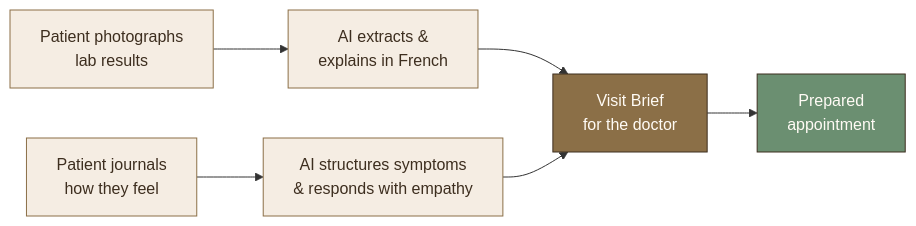
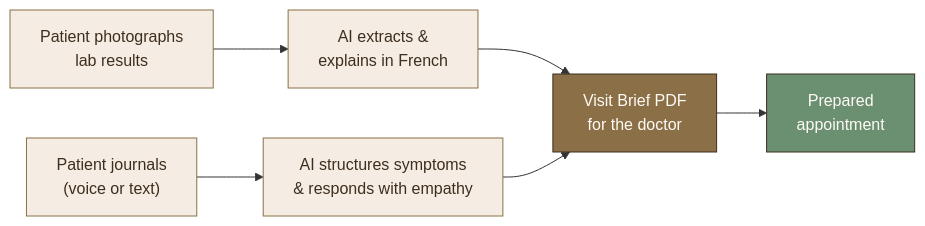
One commit to soneeee22000/entre-deux changed the first of 5 diagrams in README.md. Above: the diagram before and after it, drawn with Mermaid. The commit also changed other lines of this file, not shown here.

Commit message:
docs: update README with voice journal, PDF export, auth, deploy, 207 tests

````diff
--- a/README.md
+++ b/README.md
@@ -37,15 +39,15 @@
 ```mermaid
 graph LR
     A["Patient photographs<br/>lab results"] --> B["AI extracts &<br/>explains in French"]
-    C["Patient journals<br/>how they feel"] --> D["AI structures symptoms<br/>& responds with empathy"]
-    B --> E["Visit Brief<br/>for the doctor"]
+    C["Patient journals<br/>(voice or text)"] --> D["AI structures symptoms<br/>& responds with empathy"]
+    B --> E["Visit Brief PDF<br/>for the doctor"]
     D --> E
     E --> F["Prepared<br/>appointment"]
 
     style A fill:#f5ede3,stroke:#8b6f47,color:#3d2e1f
     style B fill:#f5ede3,stroke:#8b6f47,color:#3d2e1f
     style C fill:#f5ede3,stroke:#8b6f47,color:#3d2e1f
     style D fill:#f5ede3,stroke:#8b6f47,color:#3d2e1f
     style E fill:#8b6f47,stroke:#3d2e1f,color:#fffbf5
     style F fill:#6b8f71,stroke:#3d2e1f,color:#fffbf5
 ```
````
